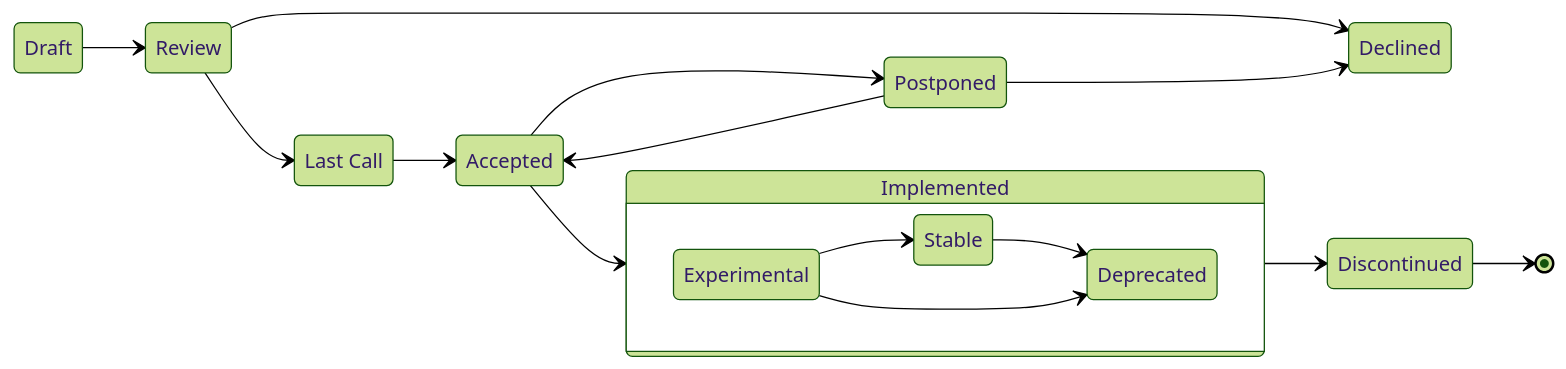
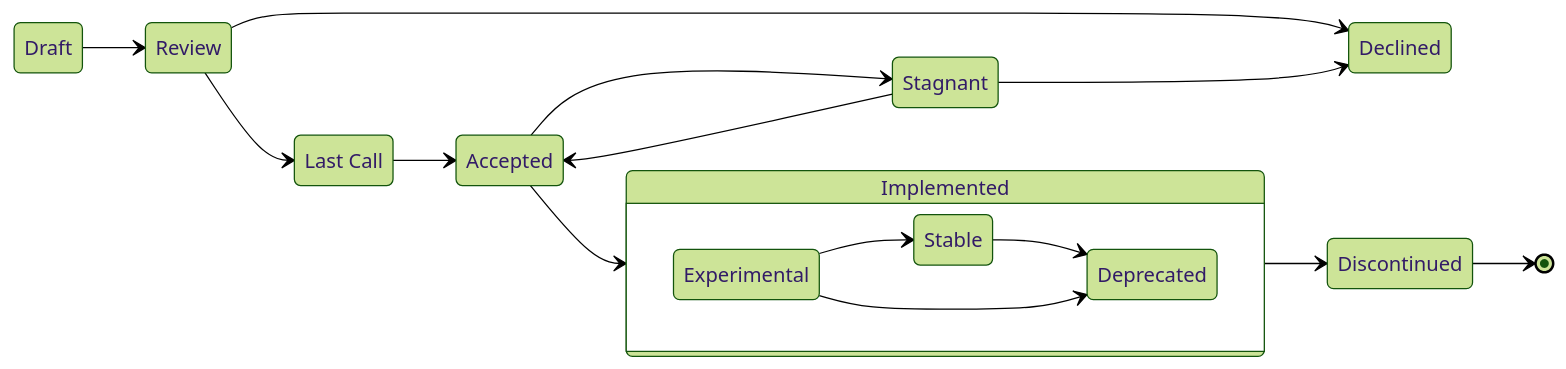
The diagram in PROCESS-GUIDE.md (MetaMask/metamask-improvement-proposals), drawn with Mermaid (forest theme) before and after one commit. The commit also changed other lines of this file, not shown here.

Commit message:
Update PROCESS-GUIDE.md
Change state: Postponed to Stagnant because there may not be a "planned date" it's been postponed to.

````diff
--- a/PROCESS-GUIDE.md
+++ b/PROCESS-GUIDE.md
@@ -76,21 +76,21 @@
 ```mermaid
 stateDiagram-v2
     direction LR
     Draft-->Review
 	Review-->Declined
 	state "Last Call" as LC
     Review-->LC  
 	LC-->Accepted
-	Postponed-->Declined
-    Accepted-->Postponed
-	Postponed-->Accepted
+	Stagnant-->Declined
+    Accepted-->Stagnant
+	Stagnant-->Accepted
     Accepted-->Implemented
     state Implemented {
 		direction LR
 		Experimental-->Stable
 	    Stable-->Deprecated
 		Experimental-->Deprecated
 	}
 	Implemented-->Discontinued
 	Discontinued-->[*]
 ```
````
